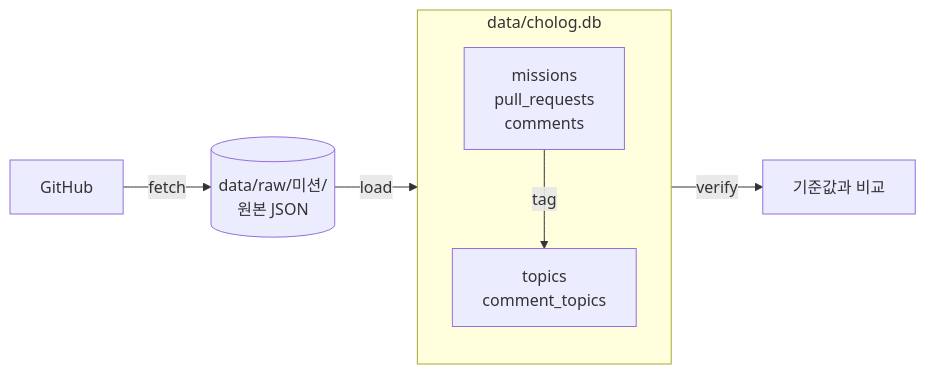
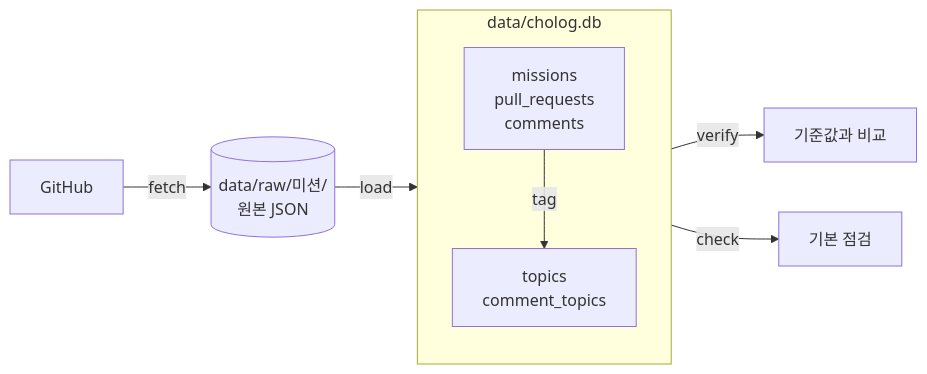
The third of 3 diagrams in docs/tool-spec.md (cho-log/cholog-mcp), drawn with Mermaid before and after one commit. The commit also changed other lines of this file and 6 other files, not shown here.

````diff
--- a/docs/tool-spec.md
+++ b/docs/tool-spec.md
@@ -263,16 +263,18 @@
 ```mermaid
 flowchart LR
     GH["GitHub"]
     RAW[("data/raw/미션/<br/>원본 JSON")]
     subgraph DB["data/cholog.db"]
         direction TB
         T1["missions<br/>pull_requests<br/>comments"]
         T2["topics<br/>comment_topics"]
     end
     V["기준값과 비교"]
+    C["기본 점검"]
 
     GH -- "fetch" --> RAW
     RAW -- "load" --> T1
     T1 -- "tag" --> T2
     T2 -- "verify" --> V
+    T2 -- "check" --> C
 ```
````
